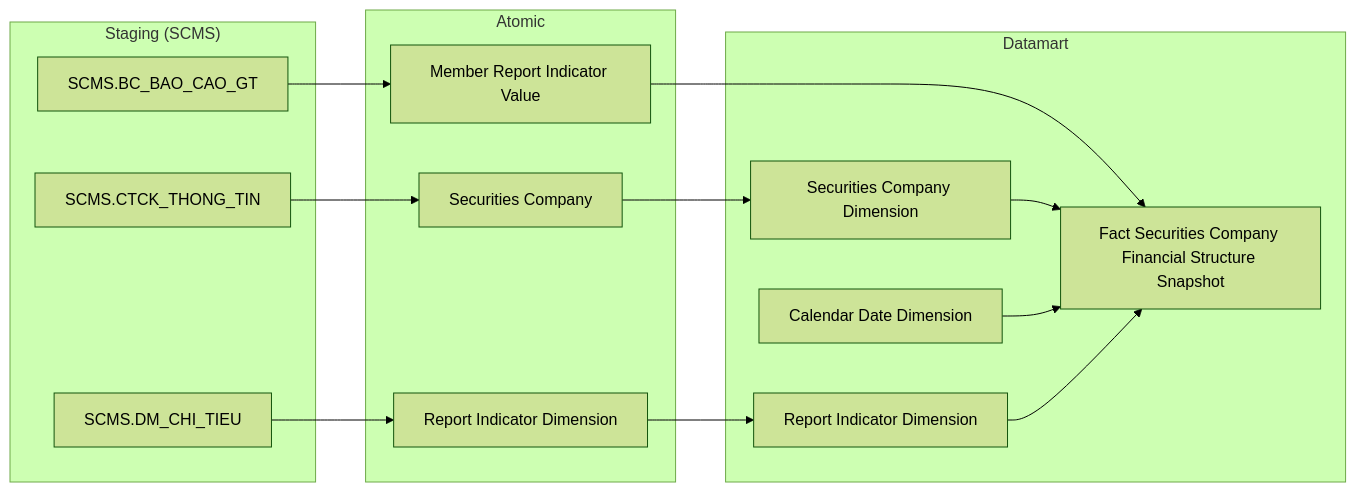
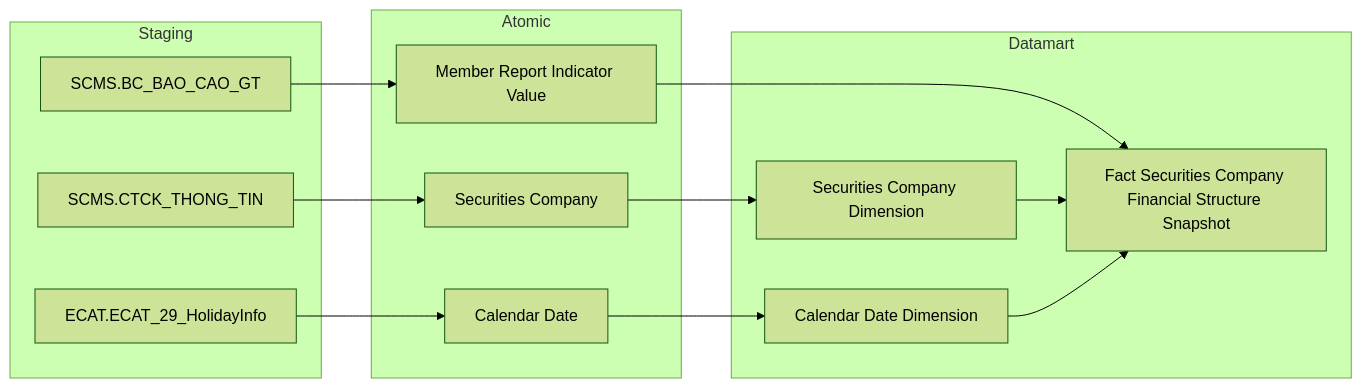
The seventh of 40 diagrams in Datamart/hld/DTM_QLKD_HLD.md (linhlvit/ubck_atomic_design), drawn with Mermaid (forest theme) before and after one commit. The commit also changed other lines of this file and 7 other files, not shown here.

````diff
--- a/Datamart/hld/DTM_QLKD_HLD.md
+++ b/Datamart/hld/DTM_QLKD_HLD.md
@@ -236,33 +270,31 @@
 ```mermaid
 flowchart LR
-    subgraph SRC["Staging (SCMS)"]
+    subgraph SRC["Staging"]
         S1["SCMS.BC_BAO_CAO_GT"]
         S2["SCMS.CTCK_THONG_TIN"]
-        S3["SCMS.DM_CHI_TIEU"]
+        ECAT_ECAT_29_HolidayInfo["ECAT.ECAT_29_HolidayInfo"]
     end
 
     subgraph SIL["Atomic"]
         SV1["Member Report Indicator Value"]
         SV2["Securities Company"]
-        SV3["Report Indicator Dimension"]
+        Calendar_Date["Calendar Date"]
     end
 
     subgraph Datamart["Datamart"]
         G1["Fact Securities Company Financial Structure Snapshot"]
         G2["Securities Company Dimension"]
         G3["Calendar Date Dimension"]
-        G4["Report Indicator Dimension"]
     end
 
     S1 --> SV1
     S2 --> SV2
-    S3 --> SV3
+    ECAT_ECAT_29_HolidayInfo --> Calendar_Date
 
     SV1 --> G1
     SV2 --> G2
-    SV3 --> G4
+    Calendar_Date --> G3
 
     G2 --> G1
     G3 --> G1
-    G4 --> G1
 ```
````
